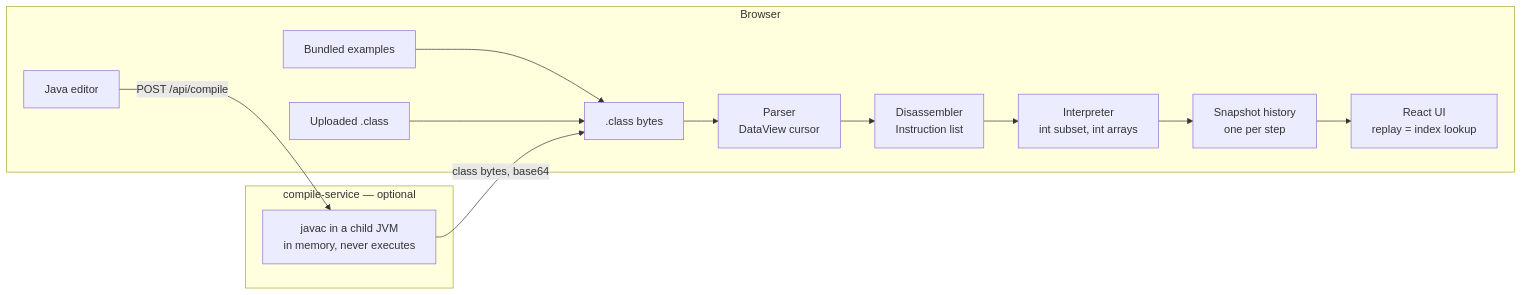
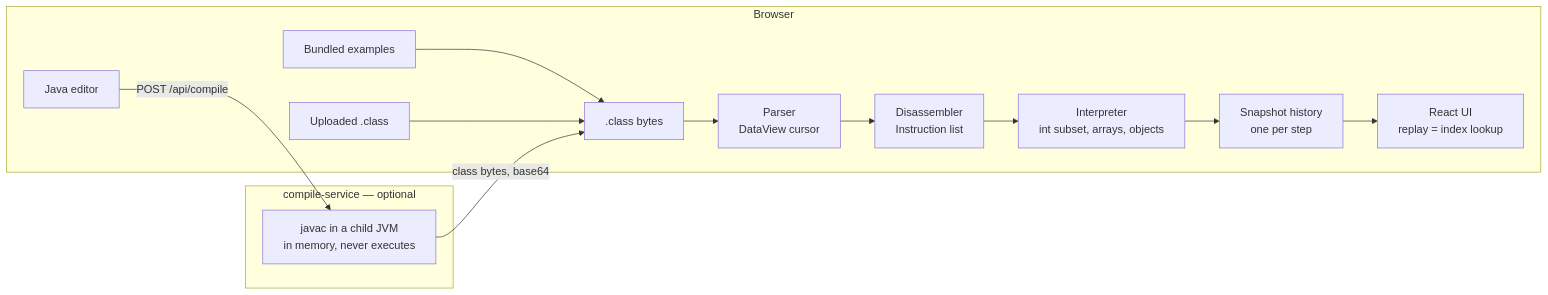
The diagram in README.md (mblaszczykowski/JVM-Bytecode-Visualizer), drawn with Mermaid before and after one commit. The commit also changed other lines of this file and 2 other files, not shown here.

````diff
--- a/README.md
+++ b/README.md
@@ -57,18 +57,18 @@
 ```mermaid
 flowchart LR
   subgraph browser["Browser"]
     examples["Bundled examples"] --> bytes
     upload["Uploaded .class"] --> bytes
     editor["Java editor"]
     bytes[".class bytes"] --> parser["Parser<br/>DataView cursor"]
     parser --> disasm["Disassembler<br/>Instruction list"]
-    disasm --> interp["Interpreter<br/>int subset, int arrays"]
+    disasm --> interp["Interpreter<br/>int subset, arrays, objects"]
     interp --> history["Snapshot history<br/>one per step"]
     history --> ui["React UI<br/>replay = index lookup"]
   end
   subgraph backend["compile-service — optional"]
     javac["javac in a child JVM<br/>in memory, never executes"]
   end
   editor -->|"POST /api/compile"| javac
   javac -->|"class bytes, base64"| bytes
 ```
````
